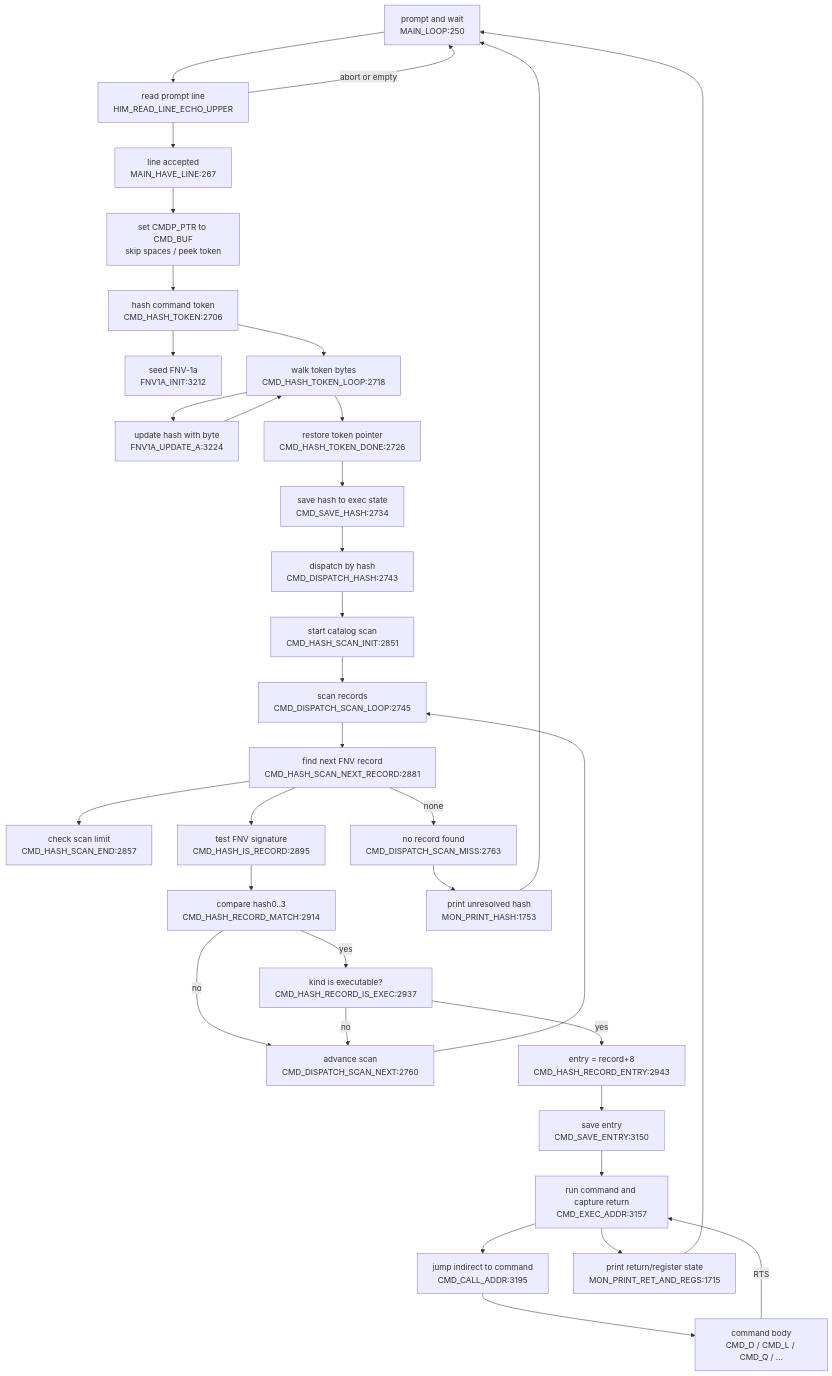
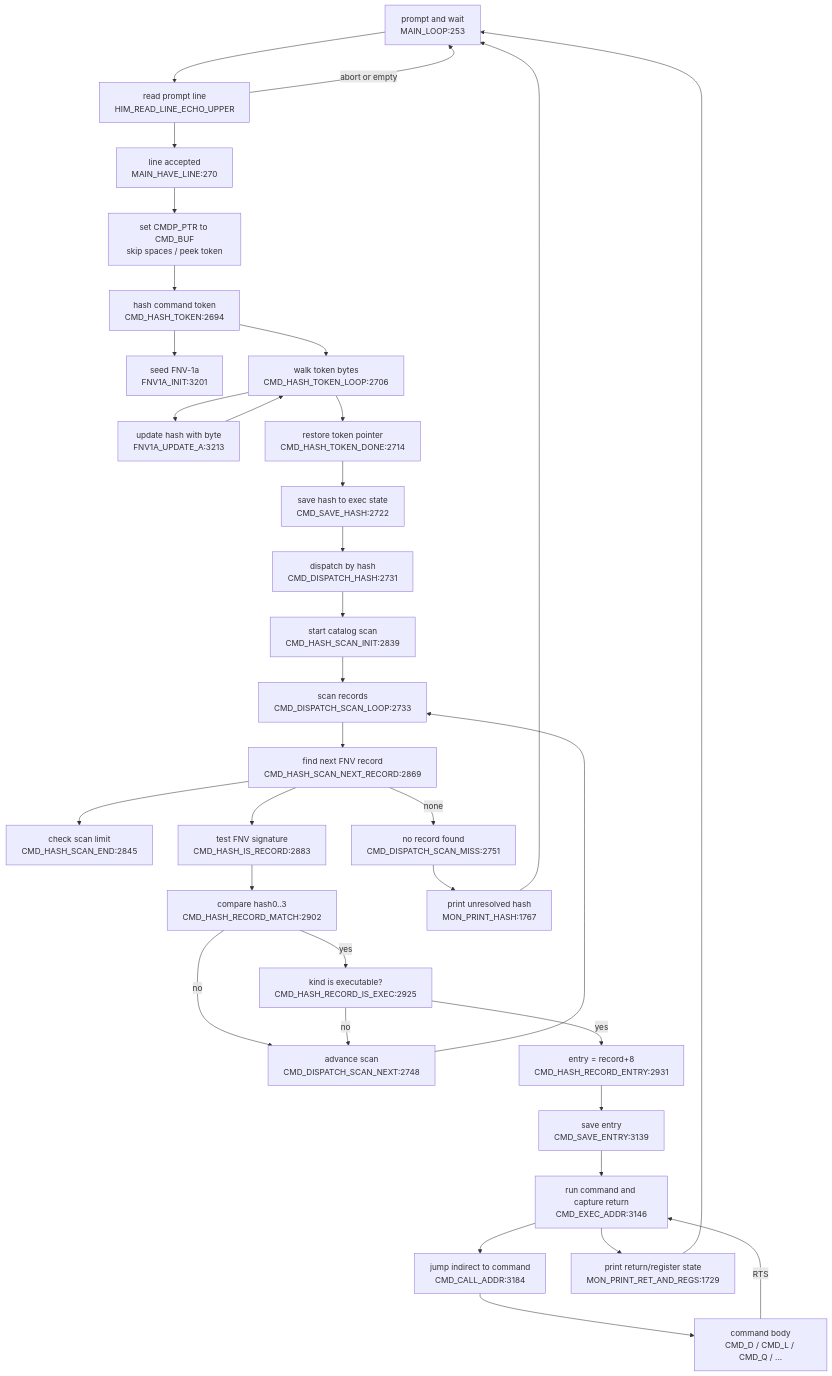
The diagram in DOC/GENERATED/CMD_FLOW_MAP.md (95westus/R-YORS), drawn with Mermaid before and after one commit. The commit also changed other lines of this file and 19 other files, not shown here.

````diff
--- a/DOC/GENERATED/CMD_FLOW_MAP.md
+++ b/DOC/GENERATED/CMD_FLOW_MAP.md
@@ -10,36 +10,36 @@
 ```mermaid
 flowchart TD
-    LOOP["prompt and wait<br/>MAIN_LOOP:250"] --> READ["read prompt line<br/>HIM_READ_LINE_ECHO_UPPER"]
-    READ --> HAVE["line accepted<br/>MAIN_HAVE_LINE:267"]
+    LOOP["prompt and wait<br/>MAIN_LOOP:253"] --> READ["read prompt line<br/>HIM_READ_LINE_ECHO_UPPER"]
+    READ --> HAVE["line accepted<br/>MAIN_HAVE_LINE:270"]
     READ -->|abort or empty| LOOP
     HAVE --> PREP["set CMDP_PTR to CMD_BUF<br/>skip spaces / peek token"]
-    PREP --> HASH["hash command token<br/>CMD_HASH_TOKEN:2706"]
-    HASH --> FNVINIT["seed FNV-1a<br/>FNV1A_INIT:3212"]
-    HASH --> HASHLOOP["walk token bytes<br/>CMD_HASH_TOKEN_LOOP:2718"]
-    HASHLOOP --> UPDATE["update hash with byte<br/>FNV1A_UPDATE_A:3224"]
+    PREP --> HASH["hash command token<br/>CMD_HASH_TOKEN:2694"]
+    HASH --> FNVINIT["seed FNV-1a<br/>FNV1A_INIT:3201"]
+    HASH --> HASHLOOP["walk token bytes<br/>CMD_HASH_TOKEN_LOOP:2706"]
+    HASHLOOP --> UPDATE["update hash with byte<br/>FNV1A_UPDATE_A:3213"]
     UPDATE --> HASHLOOP
-    HASHLOOP --> DONE["restore token pointer<br/>CMD_HASH_TOKEN_DONE:2726"]
-    DONE --> SAVEHASH["save hash to exec state<br/>CMD_SAVE_HASH:2734"]
-    SAVEHASH --> DISPATCH["dispatch by hash<br/>CMD_DISPATCH_HASH:2743"]
-    DISPATCH --> SCANINIT["start catalog scan<br/>CMD_HASH_SCAN_INIT:2851"]
-    SCANINIT --> SCANLOOP["scan records<br/>CMD_DISPATCH_SCAN_LOOP:2745"]
-    SCANLOOP --> NEXTREC["find next FNV record<br/>CMD_HASH_SCAN_NEXT_RECORD:2881"]
-    NEXTREC --> ENDCHK["check scan limit<br/>CMD_HASH_SCAN_END:2857"]
-    NEXTREC --> ISREC["test FNV signature<br/>CMD_HASH_IS_RECORD:2895"]
-    NEXTREC -->|none| MISS["no record found<br/>CMD_DISPATCH_SCAN_MISS:2763"]
-    ISREC --> MATCH["compare hash0..3<br/>CMD_HASH_RECORD_MATCH:2914"]
-    MATCH -->|no| ADV["advance scan<br/>CMD_DISPATCH_SCAN_NEXT:2760"]
+    HASHLOOP --> DONE["restore token pointer<br/>CMD_HASH_TOKEN_DONE:2714"]
+    DONE --> SAVEHASH["save hash to exec state<br/>CMD_SAVE_HASH:2722"]
+    SAVEHASH --> DISPATCH["dispatch by hash<br/>CMD_DISPATCH_HASH:2731"]
+    DISPATCH --> SCANINIT["start catalog scan<br/>CMD_HASH_SCAN_INIT:2839"]
+    SCANINIT --> SCANLOOP["scan records<br/>CMD_DISPATCH_SCAN_LOOP:2733"]
+    SCANLOOP --> NEXTREC["find next FNV record<br/>CMD_HASH_SCAN_NEXT_RECORD:2869"]
+    NEXTREC --> ENDCHK["check scan limit<br/>CMD_HASH_SCAN_END:2845"]
+    NEXTREC --> ISREC["test FNV signature<br/>CMD_HASH_IS_RECORD:2883"]
+    NEXTREC -->|none| MISS["no record found<br/>CMD_DISPATCH_SCAN_MISS:2751"]
+    ISREC --> MATCH["compare hash0..3<br/>CMD_HASH_RECORD_MATCH:2902"]
+    MATCH -->|no| ADV["advance scan<br/>CMD_DISPATCH_SCAN_NEXT:2748"]
     ADV --> SCANLOOP
-    MATCH -->|yes| EXECOK["kind is executable?<br/>CMD_HASH_RECORD_IS_EXEC:2937"]
+    MATCH -->|yes| EXECOK["kind is executable?<br/>CMD_HASH_RECORD_IS_EXEC:2925"]
     EXECOK -->|no| ADV
-    EXECOK -->|yes| ENTRY["entry = record+8<br/>CMD_HASH_RECORD_ENTRY:2943"]
-    ENTRY --> SAVEENTRY["save entry<br/>CMD_SAVE_ENTRY:3150"]
-    SAVEENTRY --> RUN["run command and capture return<br/>CMD_EXEC_ADDR:3157"]
-    RUN --> CALL["jump indirect to command<br/>CMD_CALL_ADDR:3195"]
+    EXECOK -->|yes| ENTRY["entry = record+8<br/>CMD_HASH_RECORD_ENTRY:2931"]
+    ENTRY --> SAVEENTRY["save entry<br/>CMD_SAVE_ENTRY:3139"]
+    SAVEENTRY --> RUN["run command and capture return<br/>CMD_EXEC_ADDR:3146"]
+    RUN --> CALL["jump indirect to command<br/>CMD_CALL_ADDR:3184"]
     CALL --> BODY["command body<br/>CMD_D / CMD_L / CMD_Q / ..."]
     BODY -->|RTS| RUN
-    RUN --> RETPRINT["print return/register state<br/>MON_PRINT_RET_AND_REGS:1715"]
+    RUN --> RETPRINT["print return/register state<br/>MON_PRINT_RET_AND_REGS:1729"]
     RETPRINT --> LOOP
-    MISS --> PRHASH["print unresolved hash<br/>MON_PRINT_HASH:1753"]
+    MISS --> PRHASH["print unresolved hash<br/>MON_PRINT_HASH:1767"]
     PRHASH --> LOOP
 ```
````
